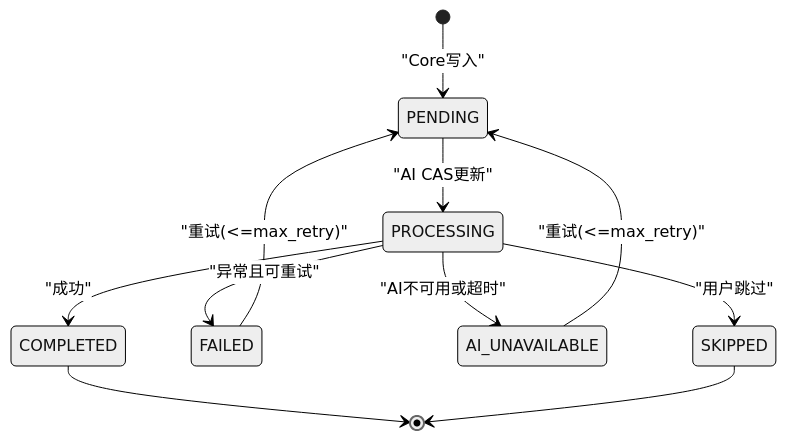
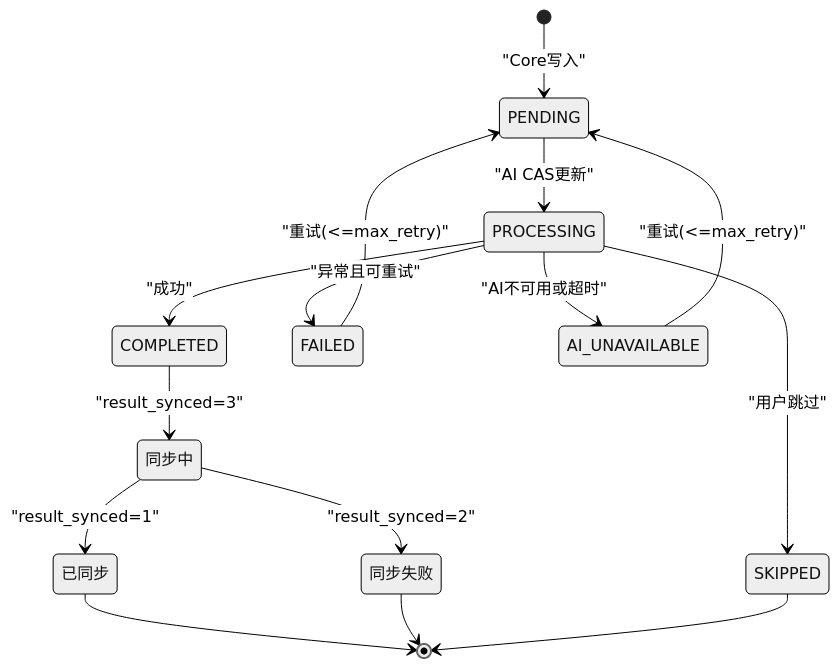
The third of 7 diagrams in .qoder/repowiki/zh/content/数据库设计/AI任务相关数据.md (DrunkFood/First), drawn with Mermaid (neutral theme) before and after one commit. The commit also changed other lines of this file and 58 other files, not shown here.

````diff
--- a/.qoder/repowiki/zh/content/数据库设计/AI任务相关数据.md
+++ b/.qoder/repowiki/zh/content/数据库设计/AI任务相关数据.md
@@ -221,13 +188,17 @@
 ```mermaid
 stateDiagram-v2
 [*] --> PENDING : "Core写入"
 PENDING --> PROCESSING : "AI CAS更新"
 PROCESSING --> COMPLETED : "成功"
 PROCESSING --> FAILED : "异常且可重试"
 PROCESSING --> AI_UNAVAILABLE : "AI不可用或超时"
 PROCESSING --> SKIPPED : "用户跳过"
 FAILED --> PENDING : "重试(<=max_retry)"
 AI_UNAVAILABLE --> PENDING : "重试(<=max_retry)"
-COMPLETED --> [*]
+COMPLETED --> 同步中 : "result_synced=3"
+同步中 --> 已同步 : "result_synced=1"
+同步中 --> 同步失败 : "result_synced=2"
+已同步 --> [*]
+同步失败 --> [*]
 SKIPPED --> [*]
 ```
````
